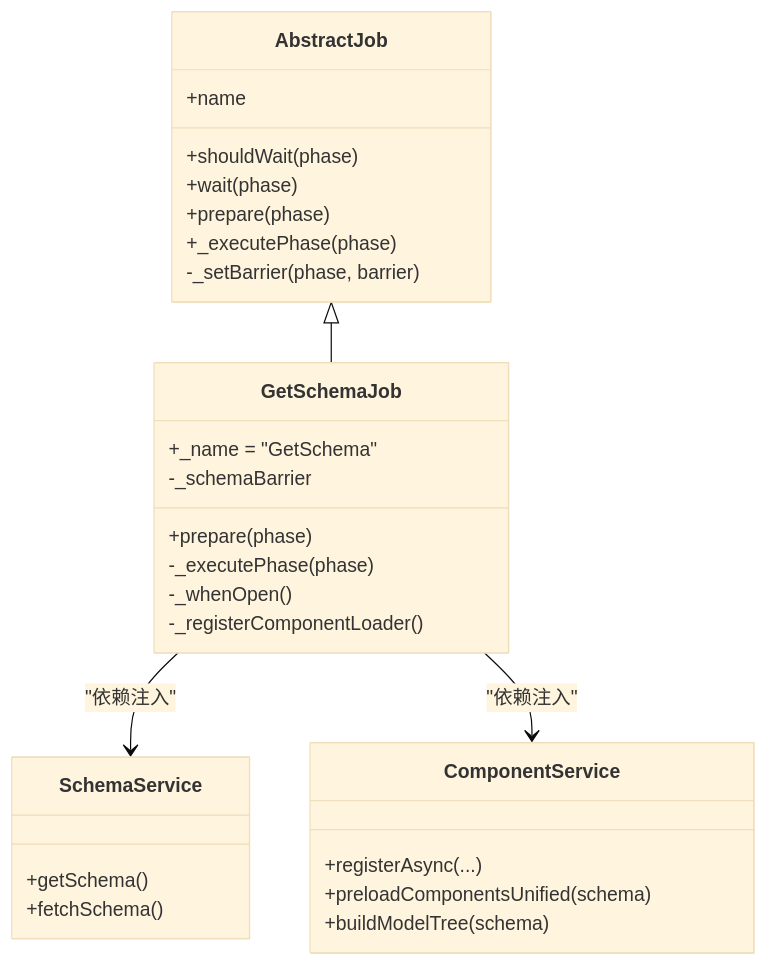
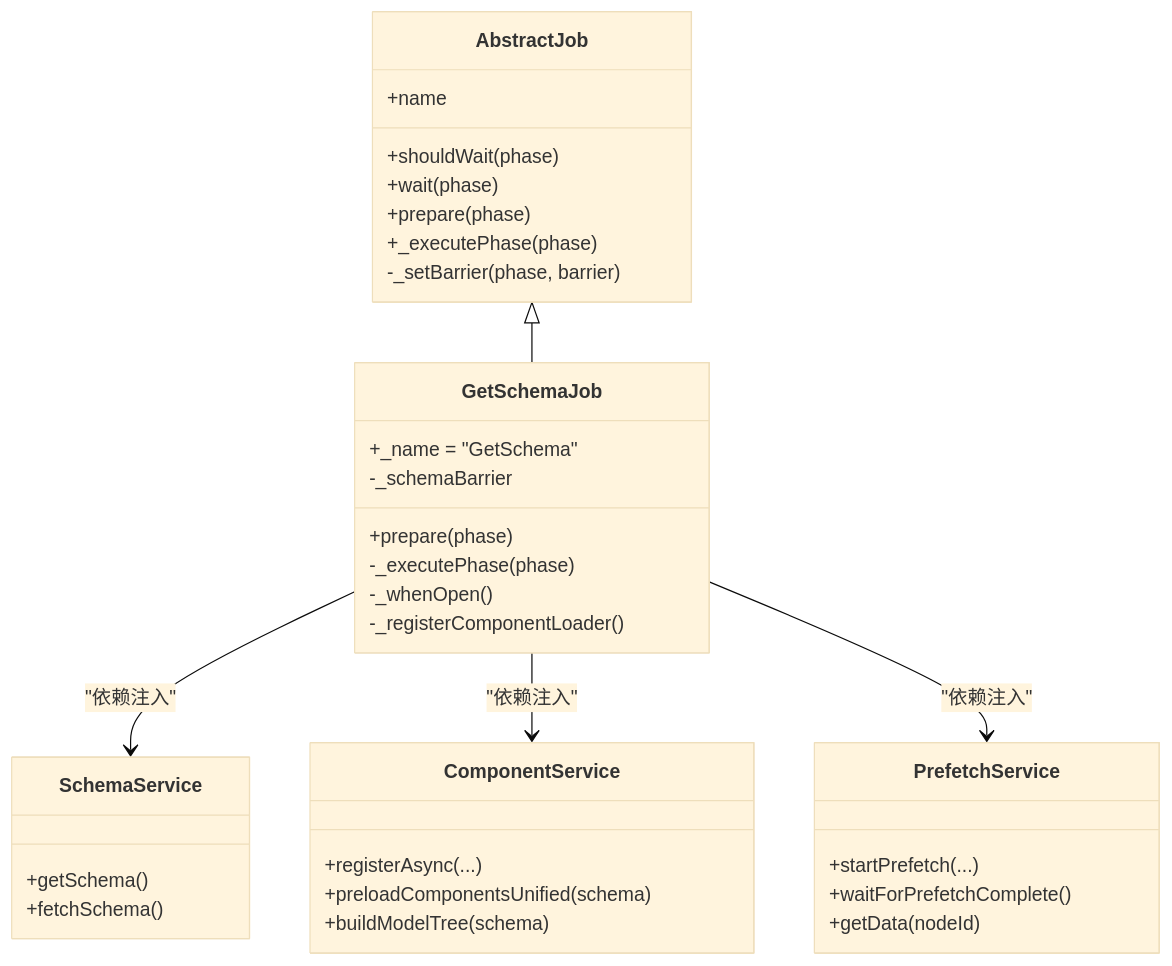
One commit to pomeloneo/mobile-builder-arch-demo changed the third of 7 diagrams in .qoder/repowiki/zh/content/任务系统/Job调度/任务类型/GetSchemaJob.md. Above: the diagram before and after it, drawn with Mermaid (base theme). The commit also changed other lines of this file and 211 other files, not shown here.

````diff
--- a/.qoder/repowiki/zh/content/任务系统/Job调度/任务类型/GetSchemaJob.md
+++ b/.qoder/repowiki/zh/content/任务系统/Job调度/任务类型/GetSchemaJob.md
@@ -144,31 +154,37 @@
 ```mermaid
 classDiagram
 class AbstractJob {
 +name
 +shouldWait(phase)
 +wait(phase)
 +prepare(phase)
 +_executePhase(phase)
 -_setBarrier(phase, barrier)
 }
 class GetSchemaJob {
 +_name = "GetSchema"
 +prepare(phase)
 -_executePhase(phase)
 -_whenOpen()
 -_registerComponentLoader()
 -_schemaBarrier
 }
 class SchemaService {
 +getSchema()
 +fetchSchema()
 }
 class ComponentService {
 +registerAsync(...)
 +preloadComponentsUnified(schema)
 +buildModelTree(schema)
 }
+class PrefetchService {
++startPrefetch(...)
++waitForPrefetchComplete()
++getData(nodeId)
+}
 AbstractJob <|-- GetSchemaJob
 GetSchemaJob --> SchemaService : "依赖注入"
 GetSchemaJob --> ComponentService : "依赖注入"
+GetSchemaJob --> PrefetchService : "依赖注入"
 ```
````
